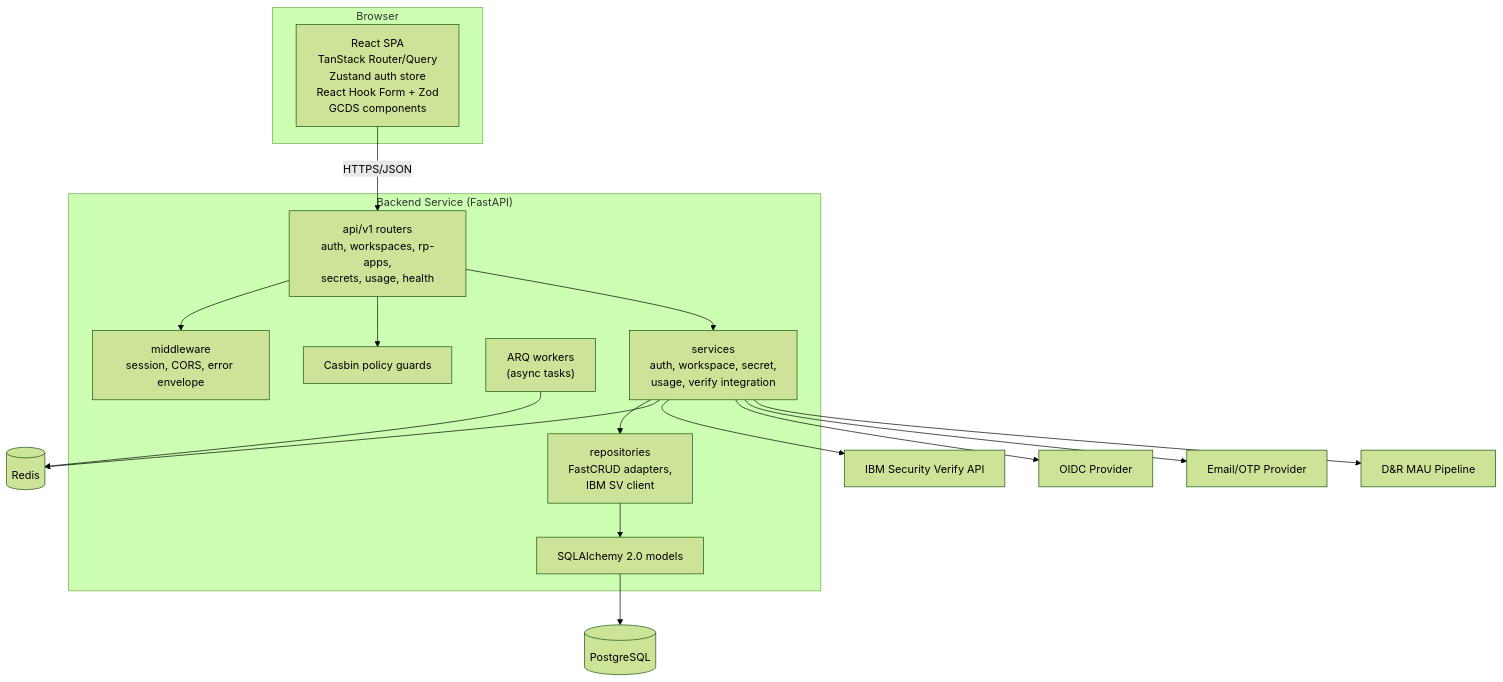
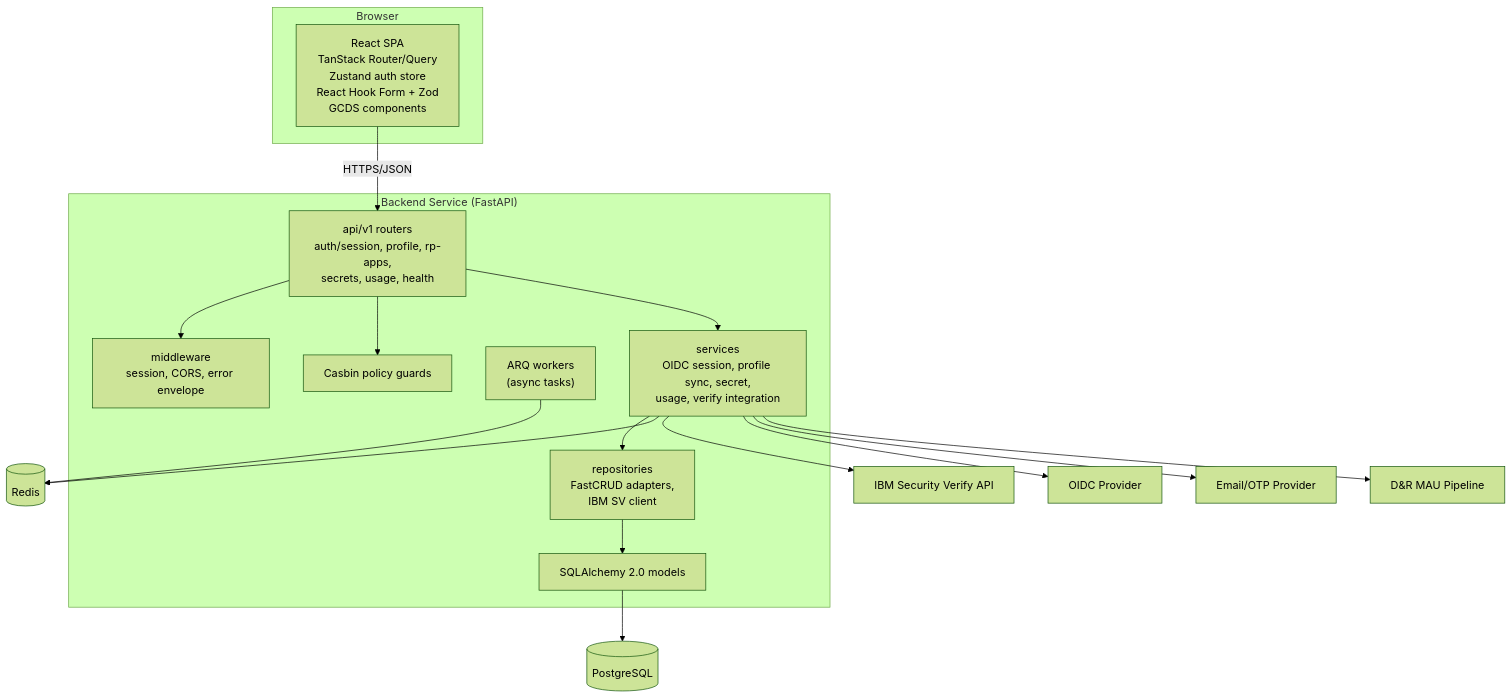
The second of 3 diagrams in docs/plans/partner-portal-mvp-architecture.md (cds-snc/canadalogin-partner-portal), drawn with Mermaid (forest theme) before and after one commit. The commit also changed other lines of this file and 18 other files, not shown here.

````diff
--- a/docs/plans/partner-portal-mvp-architecture.md
+++ b/docs/plans/partner-portal-mvp-architecture.md
@@ -52,37 +52,37 @@
 ```mermaid
 flowchart TB
     subgraph browser["Browser"]
         spa["React SPA<br/>TanStack Router/Query<br/>Zustand auth store<br/>React Hook Form + Zod<br/>GCDS components"]
     end
 
     subgraph api["Backend Service (FastAPI)"]
-        routes["api/v1 routers<br/>auth, workspaces, rp-apps,<br/>secrets, usage, health"]
+        routes["api/v1 routers<br/>auth/session, profile, rp-apps,<br/>secrets, usage, health"]
         mw["middleware<br/>session, CORS, error envelope"]
-        services["services<br/>auth, workspace, secret,<br/>usage, verify integration"]
+        services["services<br/>OIDC session, profile sync, secret,<br/>usage, verify integration"]
         repos["repositories<br/>FastCRUD adapters,<br/>IBM SV client"]
         models["SQLAlchemy 2.0 models"]
         workers["ARQ workers<br/>(async tasks)"]
         casbin["Casbin policy guards"]
     end
 
     pg[("PostgreSQL")]
     redis[("Redis")]
     verify["IBM Security Verify API"]
     oidc["OIDC Provider"]
     notify["Email/OTP Provider"]
     dnr["D&R MAU Pipeline"]
 
     spa -- HTTPS/JSON --> routes
     routes --> mw
     routes --> casbin
     routes --> services
     services --> repos
     repos --> models
     models --> pg
     services --> redis
     workers --> redis
     services --> verify
     services --> oidc
     services --> notify
     services --> dnr
 ```
````
